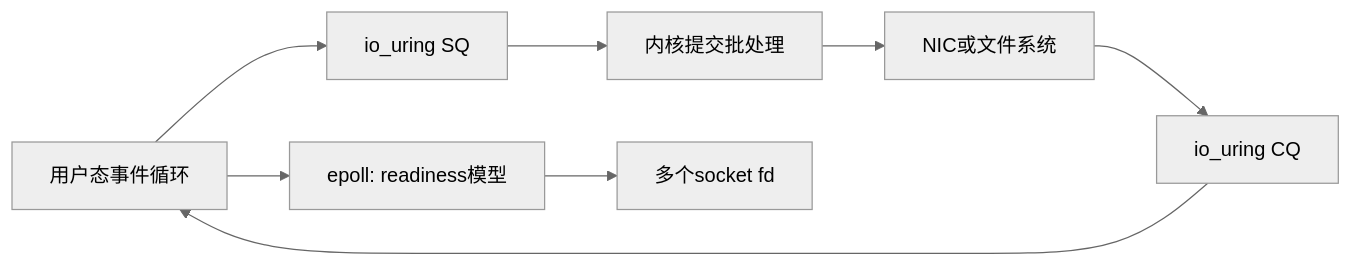
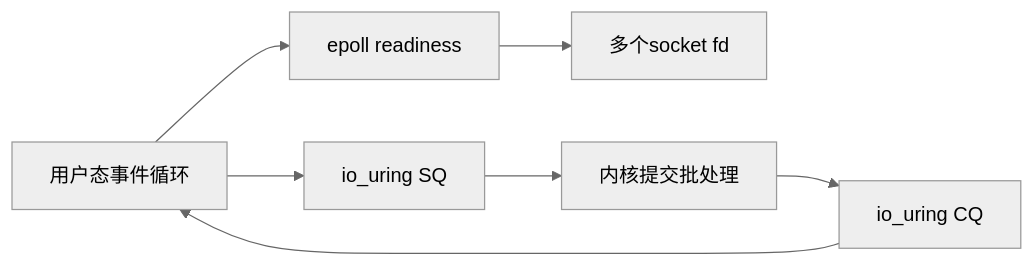
One commit to qxhy123/learn changed the fifth of 8 diagrams in ai-infra-tutorial/part0-foundations-of-systems/0d-network-stack-fundamentals.md. Above: the diagram before and after it, drawn with Mermaid (neutral theme). The commit also changed other lines of this file and 39 other files, not shown here.

First line of the commit message:
Split Part 0a CPU microarchitecture into 8 deep-dive chapters

````diff
--- a/ai-infra-tutorial/part0-foundations-of-systems/0d-network-stack-fundamentals.md
+++ b/ai-infra-tutorial/part0-foundations-of-systems/0d-network-stack-fundamentals.md
@@ -119,10 +427,9 @@
 ```mermaid
 flowchart LR
-  user[用户态事件循环] --> sq[io_uring SQ]
+  user[用户态事件循环] --> ep[epoll readiness]
+  ep --> fd[多个socket fd]
+  user --> sq[io_uring SQ]
   sq --> kernel[内核提交批处理]
-  kernel --> nic[NIC或文件系统]
-  nic --> cq[io_uring CQ]
+  kernel --> cq[io_uring CQ]
   cq --> user
-  user --> ep[epoll: readiness模型]
-  ep --> fd[多个socket fd]
 ```
````
